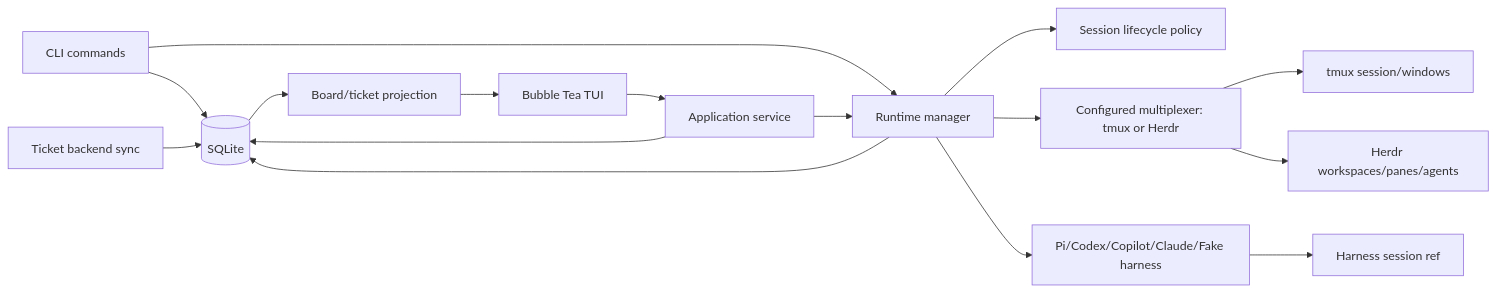
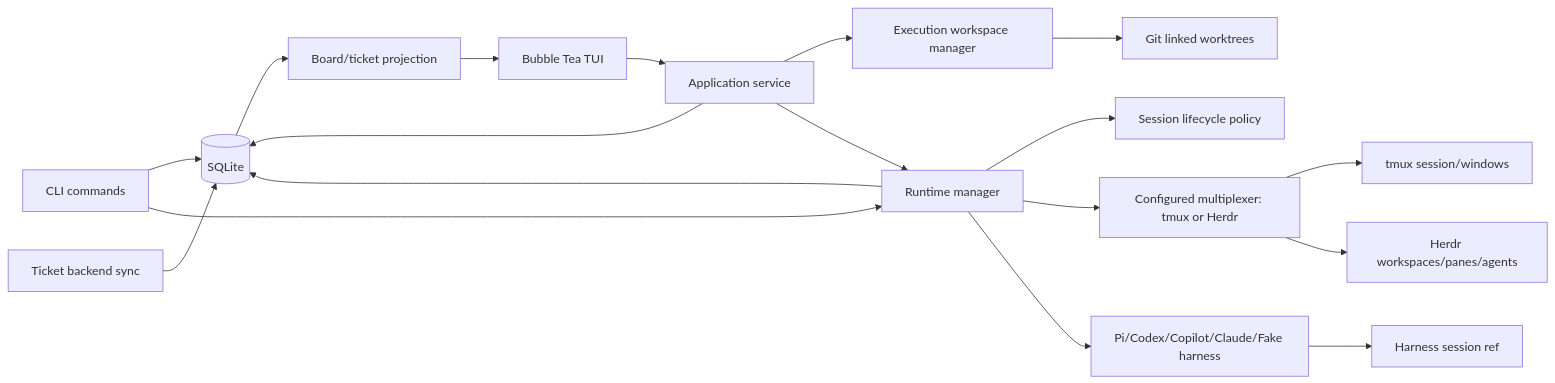
The first of 5 diagrams in docs/architecture.md (carlotran4/kanbi), drawn with Mermaid before and after one commit. The commit also changed other lines of this file and 24 other files, not shown here.

````diff
--- a/docs/architecture.md
+++ b/docs/architecture.md
@@ -7,18 +7,20 @@
 ```mermaid
 flowchart LR
     CLI[CLI commands] --> Store
     CLI --> Manager
     TUI[Bubble Tea TUI] --> App[Application service]
     App --> Store[(SQLite)]
+    App --> Workspace[Execution workspace manager]
+    Workspace --> Git[Git linked worktrees]
     App --> Manager[Runtime manager]
     Manager --> Policy[Session lifecycle policy]
     Manager --> Mux[Configured multiplexer: tmux or Herdr]
     Mux --> Tmux[tmux session/windows]
     Mux --> Herdr[Herdr workspaces/panes/agents]
     Manager --> Harness[Pi/Codex/Copilot/Claude/Fake harness]
     Harness --> Ref[Harness session ref]
     Manager --> Store
     Store --> Projection[Board/ticket projection]
     Projection --> TUI
     Sync[Ticket backend sync] --> Store
 ```
````
